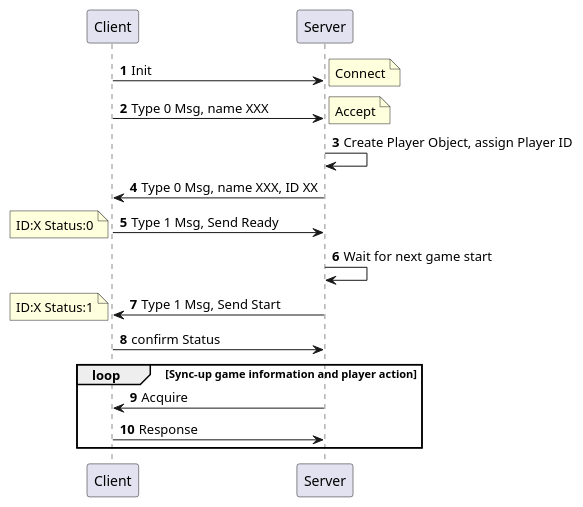
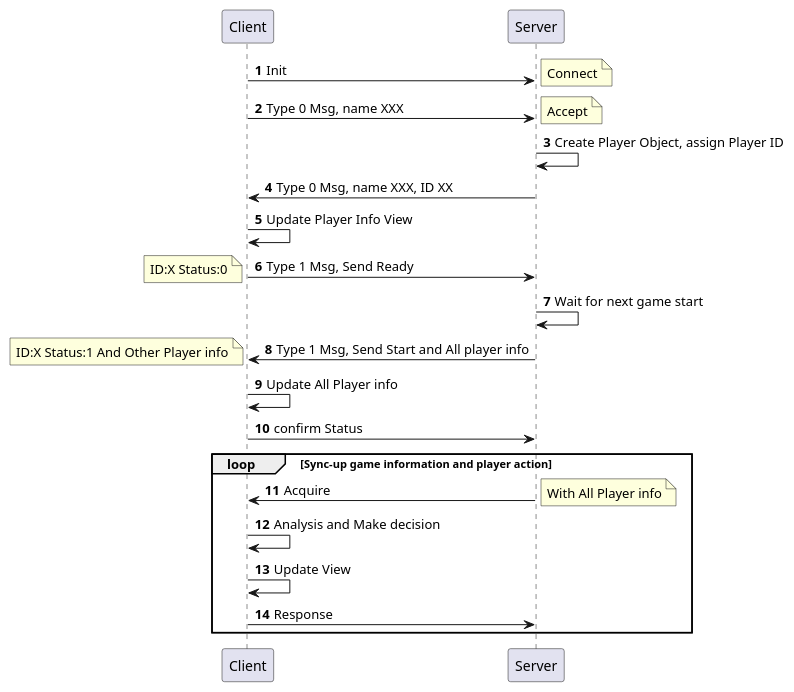
Before and after one commit to andyBrake/andyBrake.github.io: the diagram in src/TaxPoker/Server/SequenceDiagram.pu, drawn with PlantUML. The commit also changed 9 other files, not shown here.

Commit message:
Add the all player info in Start Status sync message step.

```diff
--- a/src/TaxPoker/Server/SequenceDiagram.pu
+++ b/src/TaxPoker/Server/SequenceDiagram.pu
@@ -1,29 +1,35 @@
 @@startuml
 autonumber
 
 participant Client
 participant Server
 
 Client -> Server: Init
 note right:Connect
 
 Client -> Server: Type 0 Msg, name XXX
 note right:Accept
 
 Server -> Server:Create Player Object, assign Player ID
 Server -> Client: Type 0 Msg, name XXX, ID XX
 
+Client -> Client: Update Player Info View
+
 Client -> Server:Type 1 Msg, Send Ready
 note left: ID:X Status:0
 Server -> Server:Wait for next game start
 
-Server -> Client:Type 1 Msg, Send Start
-note left: ID:X Status:1
+Server -> Client:Type 1 Msg, Send Start and All player info
+note left: ID:X Status:1 And Other Player info
+Client -> Client: Update All Player info
 Client -> Server:confirm Status
 
 loop Sync-up game information and player action
     Server -> Client: Acquire
+    note right:With All Player info
+    Client -> Client:Analysis and Make decision
+    Client -> Client : Update View
     Client -> Server: Response
 end
 
 @@enduml
```
